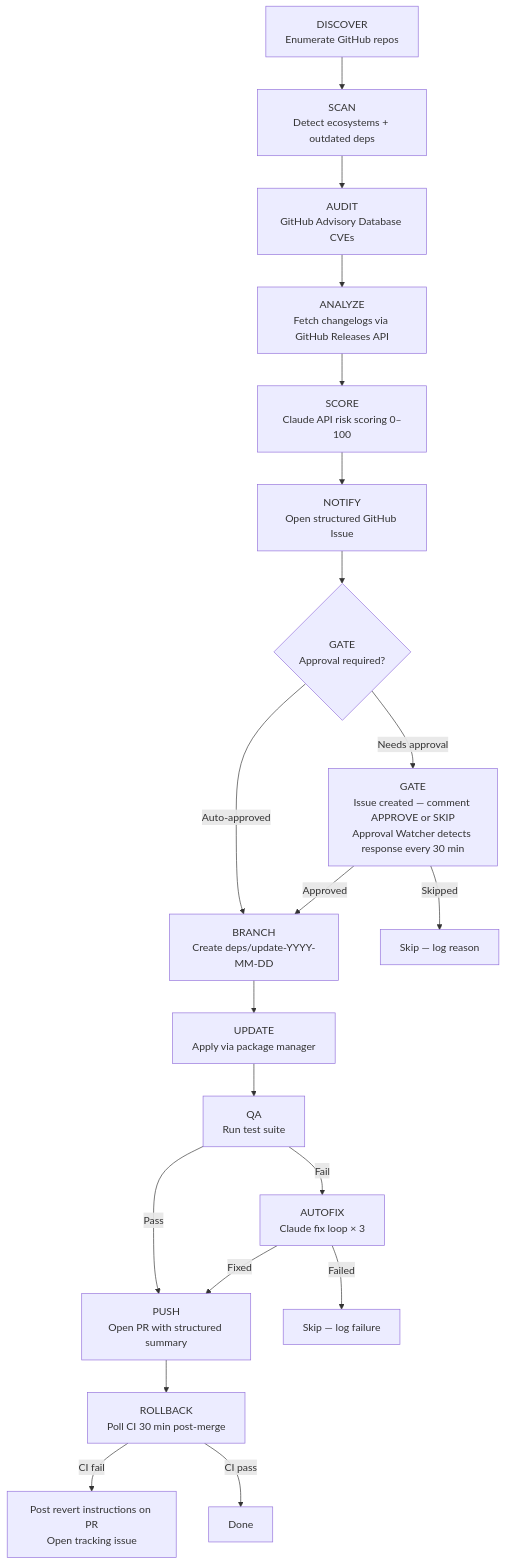
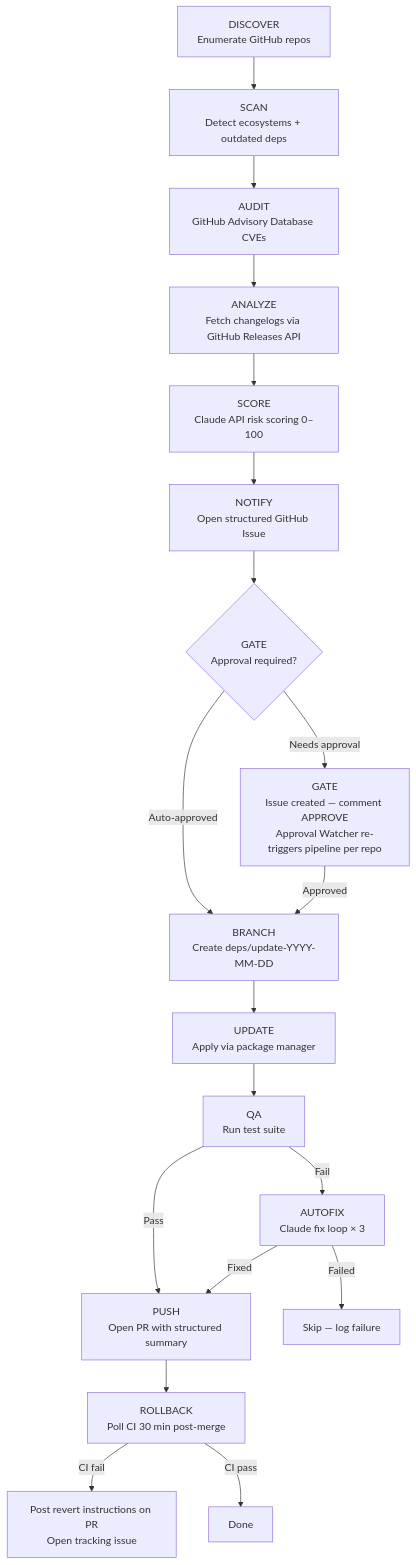
The diagram in README.md (tomd0627/project-dependency-workflow), drawn with Mermaid before and after one commit. The commit also changed other lines of this file and 1 other file, not shown here.

Commit message:
fix(gate): replace blocking poll with single check to prevent job timeout
The inline 30-min waitForApproval loop was serialising across all gated
repos, causing the scan job to exceed the 2-hour Actions limit. The gate
now checks once for an existing APPROVE comment and exits immediately if
none is found — the approve-watcher re-triggers the pipeline per repo
after the user approves, as it was already designed to do.

````diff
--- a/README.md
+++ b/README.md
@@ -13,22 +13,21 @@
 ```mermaid
 flowchart TD
     A[DISCOVER\nEnumerate GitHub repos] --> B[SCAN\nDetect ecosystems + outdated deps]
     B --> C[AUDIT\nGitHub Advisory Database CVEs]
     C --> D[ANALYZE\nFetch changelogs via GitHub Releases API]
     D --> E[SCORE\nClaude API risk scoring 0–100]
     E --> F[NOTIFY\nOpen structured GitHub Issue]
     F --> G{GATE\nApproval required?}
     G -- Auto-approved --> H[BRANCH\nCreate deps/update-YYYY-MM-DD]
-    G -- Needs approval --> G2[GATE\nIssue created — comment APPROVE or SKIP\nApproval Watcher detects response every 30 min]
+    G -- Needs approval --> G2[GATE\nIssue created — comment APPROVE\nApproval Watcher re-triggers pipeline per repo]
     G2 -- Approved --> H
-    G2 -- Skipped --> Z[Skip — log reason]
     H --> I[UPDATE\nApply via package manager]
     I --> J[QA\nRun test suite]
     J -- Pass --> K[PUSH\nOpen PR with structured summary]
     J -- Fail --> L[AUTOFIX\nClaude fix loop × 3]
     L -- Fixed --> K
     L -- Failed --> Z2[Skip — log failure]
     K --> M[ROLLBACK\nPoll CI 30 min post-merge]
     M -- CI fail --> N[Post revert instructions on PR\nOpen tracking issue]
     M -- CI pass --> O[Done]
 ```
````
